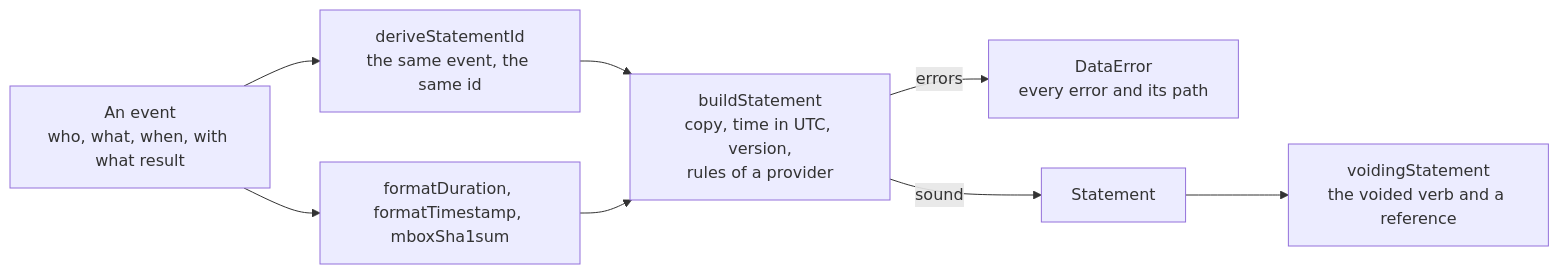
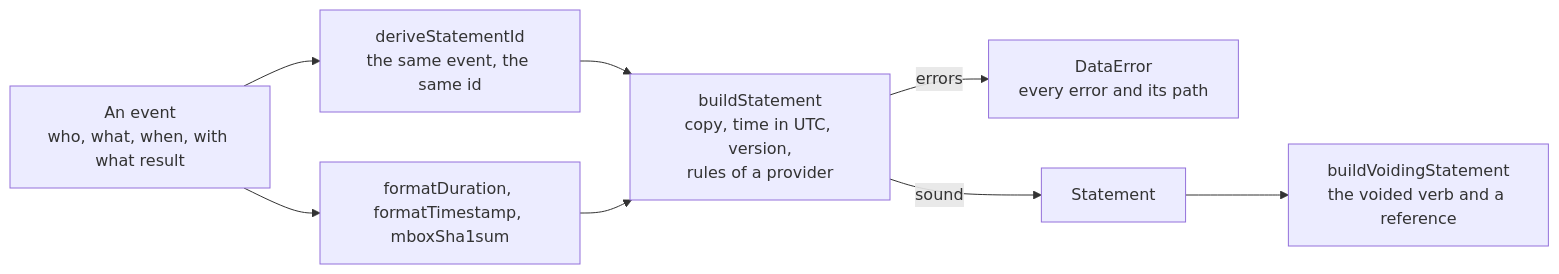
Before and after one commit to interopkit/interopkit: the diagram in docs/learning-records/build.md, drawn with Mermaid. The commit also changed other lines of this file and 368 other files, not shown here.

````diff
--- a/docs/learning-records/build.md
+++ b/docs/learning-records/build.md
@@ -7,10 +7,10 @@
 ```mermaid
 flowchart LR
   event["An event<br/>who, what, when, with what result"] --> id["deriveStatementId<br/>the same event, the same id"]
   event --> data["formatDuration, formatTimestamp, mboxSha1sum"]
   id --> build["buildStatement<br/>copy, time in UTC, version,<br/>rules of a provider"]
   data --> build
   build -->|"errors"| error["DataError<br/>every error and its path"]
   build -->|"sound"| statement["Statement"]
-  statement --> void["voidingStatement<br/>the voided verb and a reference"]
+  statement --> void["buildVoidingStatement<br/>the voided verb and a reference"]
 ```
````
